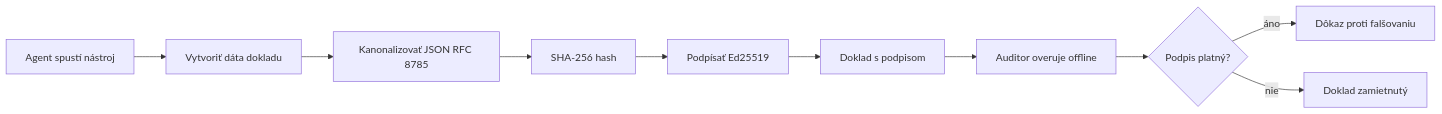
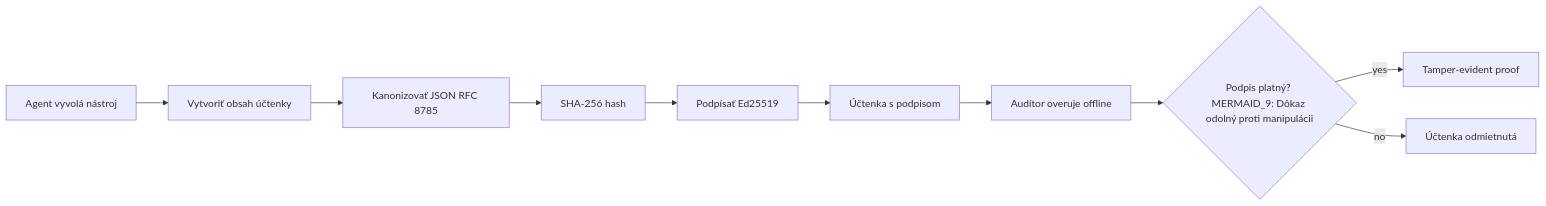
Before and after one commit to gabrielmoreira/agent-skills-mirror: the first of 2 diagrams in mirrors/repos/microsoft@ai-agents-for-beginners/translations/sk/18-securing-ai-agents/README.md, drawn with Mermaid. The commit also changed other lines of this file and 4482 other files, not shown here.

````diff
--- a/mirrors/repos/microsoft@ai-agents-for-beginners/translations/sk/18-securing-ai-agents/README.md
+++ b/mirrors/repos/microsoft@ai-agents-for-beginners/translations/sk/18-securing-ai-agents/README.md
@@ -51,12 +51,12 @@
 ```mermaid
 flowchart LR
-    A[Agent spustí nástroj] --> B[Vytvoriť dáta dokladu]
-    B --> C[Kanonalizovať JSON RFC 8785]
+    A[Agent vyvolá nástroj] --> B[Vytvoriť obsah účtenky]
+    B --> C[Kanonizovať JSON RFC 8785]
     C --> D[SHA-256 hash]
     D --> E[Podpísať Ed25519]
-    E --> F[Doklad s podpisom]
-    F --> G[Auditor overuje offline]
-    G --> H{Podpis platný?}
-    H -- áno --> I[Dôkaz proti falšovaniu]
-    H -- nie --> J[Doklad zamietnutý]
+    E --> F[Účtenka s podpisom]
+    F --> G[Audítor overuje offline]
+    G --> H{Podpis platný? MERMAID_9: Dôkaz odolný proti manipulácii}
+    H -- yes --> I[Tamper-evident proof]
+    H -- no --> J[Účtenka odmietnutá]
 ```
````
